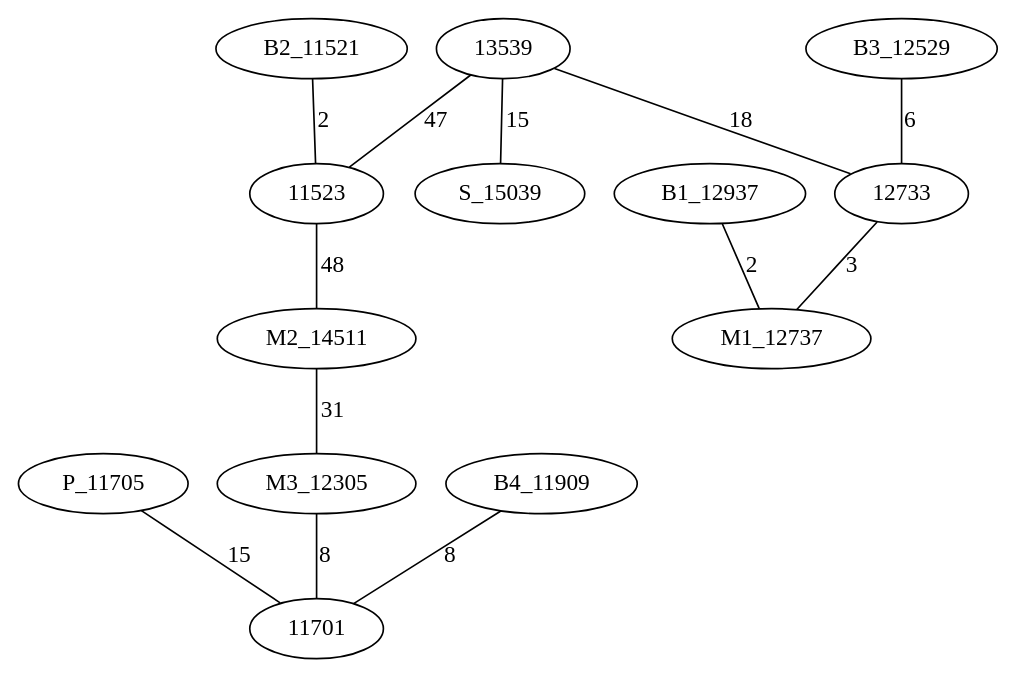
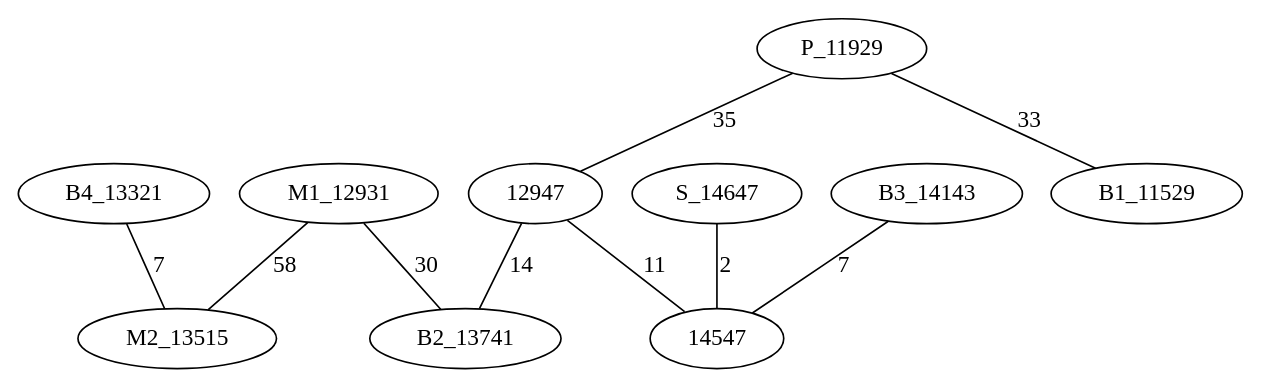
Before and after one commit to AsmNoob/Labyrinthe: the diagram in Graph.dot, drawn with Graphviz. The commit also changed 3 other files, not shown here.

```diff
--- a/Graph.dot
+++ b/Graph.dot
@@ -1,16 +1,13 @@
 graph chemin {
 
-	P_11705 -- 11701 [label=15]
-	13539 -- 11523 [label=47]
-	13539 -- S_15039 [label=15]
-	13539 -- 12733 [label=18]
-	B1_12937 -- M1_12737 [label=2]
-	B2_11521 -- 11523 [label=2]
-	11523 -- M2_14511 [label=48]
-	M2_14511 -- M3_12305 [label=31]
-	B3_12529 -- 12733 [label=6]
-	B4_11909 -- 11701 [label=8]
-	M3_12305 -- 11701 [label=8]
-	12733 -- M1_12737 [label=3]
+	P_11929 -- 12947 [label=35]
+	P_11929 -- B1_11529 [label=33]
+	M1_12931 -- B2_13741 [label=30]
+	M1_12931 -- M2_13515 [label=58]
+	S_14647 -- 14547 [label=2]
+	12947 -- B2_13741 [label=14]
+	12947 -- 14547 [label=11]
+	B3_14143 -- 14547 [label=7]
+	B4_13321 -- M2_13515 [label=7]
 
 }
```
